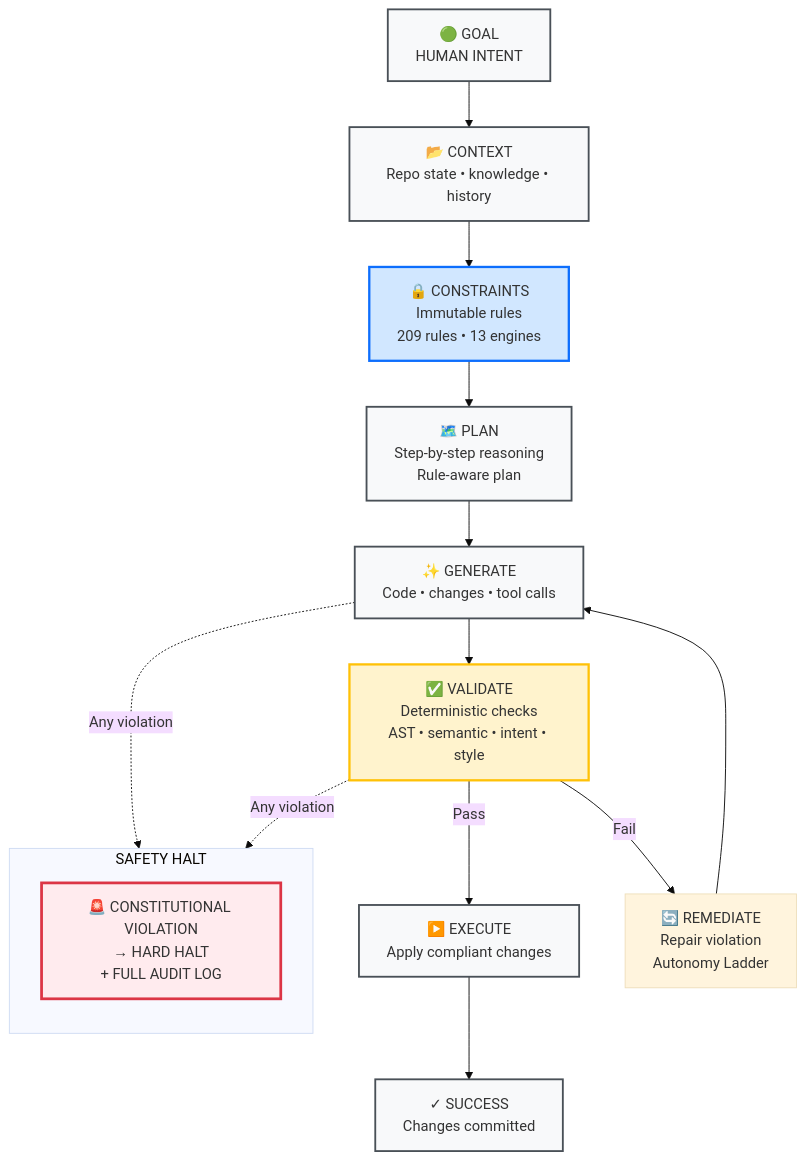
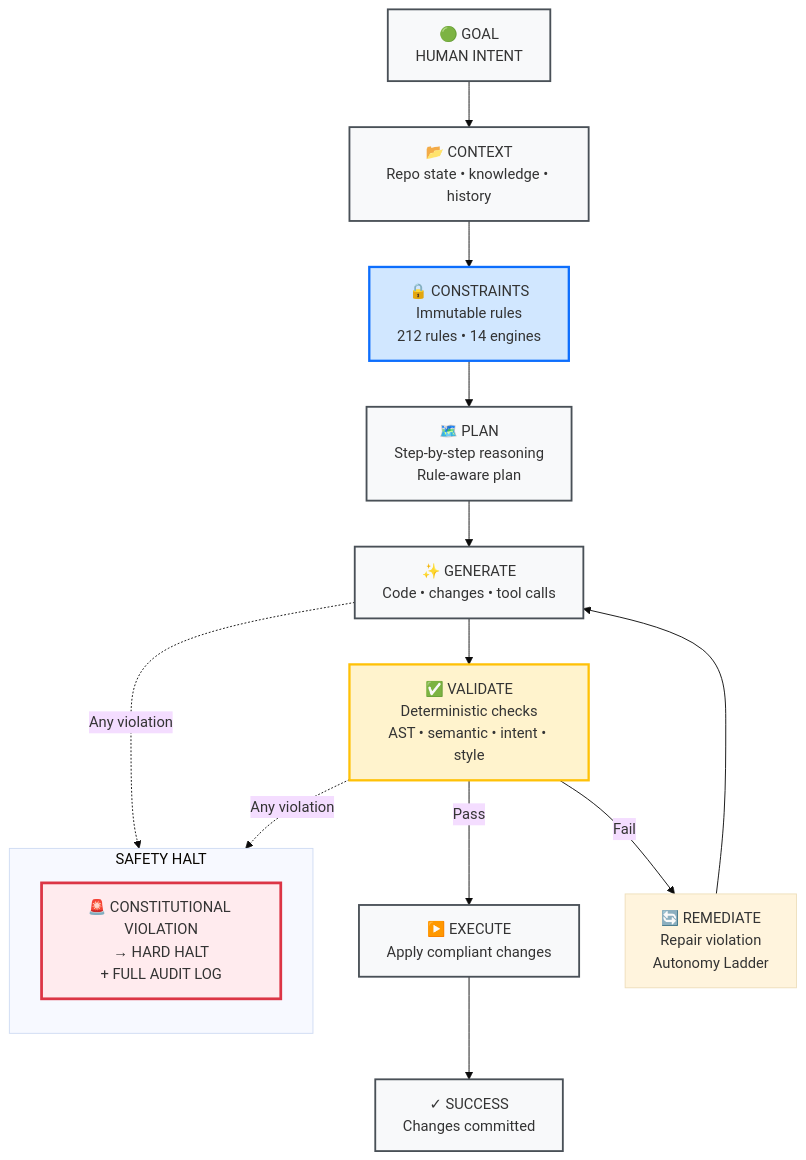
One commit to DariuszNewecki/CORE changed the diagram in README.md. Above: the diagram before and after it, drawn with Mermaid (base theme). The commit also changed other lines of this file and 5 other files, not shown here.

````diff
--- a/README.md
+++ b/README.md
@@ -134,30 +134,30 @@
 ```mermaid
 flowchart TD
     A["🟢 GOAL\nHUMAN INTENT"] --> B["📂 CONTEXT\nRepo state • knowledge • history"]
-    B --> C["🔒 CONSTRAINTS\nImmutable rules\n209 rules • 13 engines"]
+    B --> C["🔒 CONSTRAINTS\nImmutable rules\n212 rules • 14 engines"]
     C --> D["🗺️ PLAN\nStep-by-step reasoning\nRule-aware plan"]
     D --> E["✨ GENERATE\nCode • changes • tool calls"]
     E --> F["✅ VALIDATE\nDeterministic checks\nAST • semantic • intent • style"]
     F -->|Pass| G["▶️ EXECUTE\nApply compliant changes"]
     F -->|Fail| H["🔄 REMEDIATE\nRepair violation\nAutonomy Ladder"]
     H --> E
     G --> I["✓ SUCCESS\nChanges committed"]
 
     subgraph "SAFETY HALT"
         direction TB
         J["🚨 CONSTITUTIONAL VIOLATION\n→ HARD HALT\n+ FULL AUDIT LOG"]
     end
 
     E -.->|Any violation| J
     F -.->|Any violation| J
 
     classDef phase      fill:#f8f9fa,stroke:#495057,stroke-width:2px
     classDef constraint fill:#d1e7ff,stroke:#0d6efd,stroke-width:2.5px
     classDef validate   fill:#fff3cd,stroke:#ffc107,stroke-width:2.5px
     classDef halt       fill:#ffebee,stroke:#dc3545,stroke-width:3px
 
     class A,B,D,E,G,I phase
     class C constraint
     class F validate
     class J halt
 ```
````
